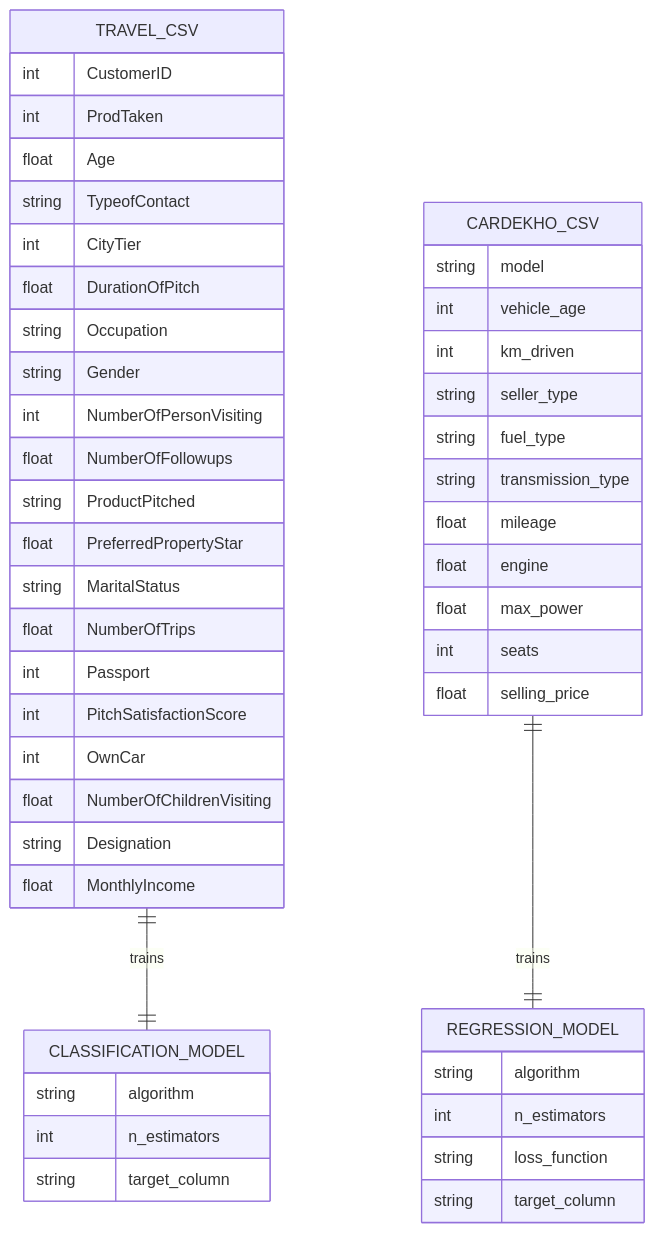
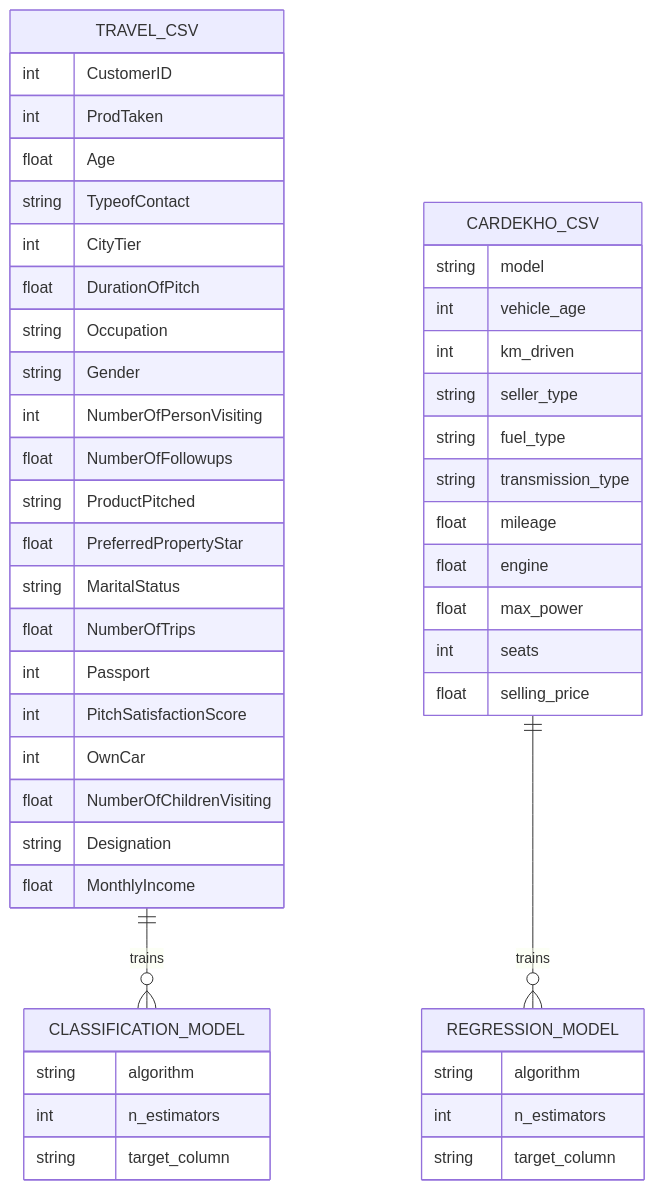
Before and after one commit to ashir1S/Adaboost-Project: the fifth of 6 diagrams in README.md, drawn with Mermaid. The commit also changed other lines of this file, not shown here.

````diff
--- a/README.md
+++ b/README.md
@@ -206,51 +272,50 @@
 ```mermaid
 erDiagram
     TRAVEL_CSV {
         int CustomerID
         int ProdTaken
         float Age
         string TypeofContact
         int CityTier
         float DurationOfPitch
         string Occupation
         string Gender
         int NumberOfPersonVisiting
         float NumberOfFollowups
         string ProductPitched
         float PreferredPropertyStar
         string MaritalStatus
         float NumberOfTrips
         int Passport
         int PitchSatisfactionScore
         int OwnCar
         float NumberOfChildrenVisiting
         string Designation
         float MonthlyIncome
     }
     CARDEKHO_CSV {
         string model
         int vehicle_age
         int km_driven
         string seller_type
         string fuel_type
         string transmission_type
         float mileage
         float engine
         float max_power
         int seats
         float selling_price
     }
     CLASSIFICATION_MODEL {
         string algorithm
         int n_estimators
         string target_column
     }
     REGRESSION_MODEL {
         string algorithm
         int n_estimators
-        string loss_function
         string target_column
     }
-    TRAVEL_CSV ||--|| CLASSIFICATION_MODEL : trains
-    CARDEKHO_CSV ||--|| REGRESSION_MODEL : trains
+    TRAVEL_CSV ||--o{ CLASSIFICATION_MODEL : trains
+    CARDEKHO_CSV ||--o{ REGRESSION_MODEL : trains
 ```
````
